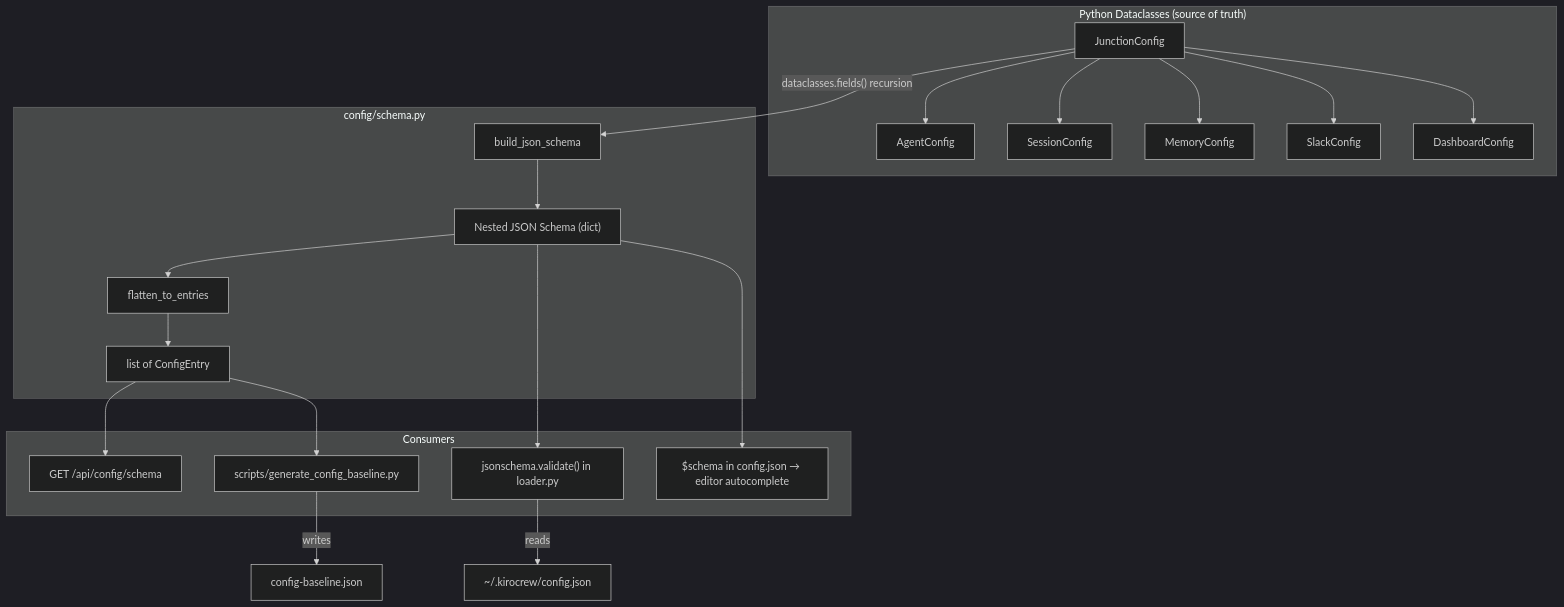
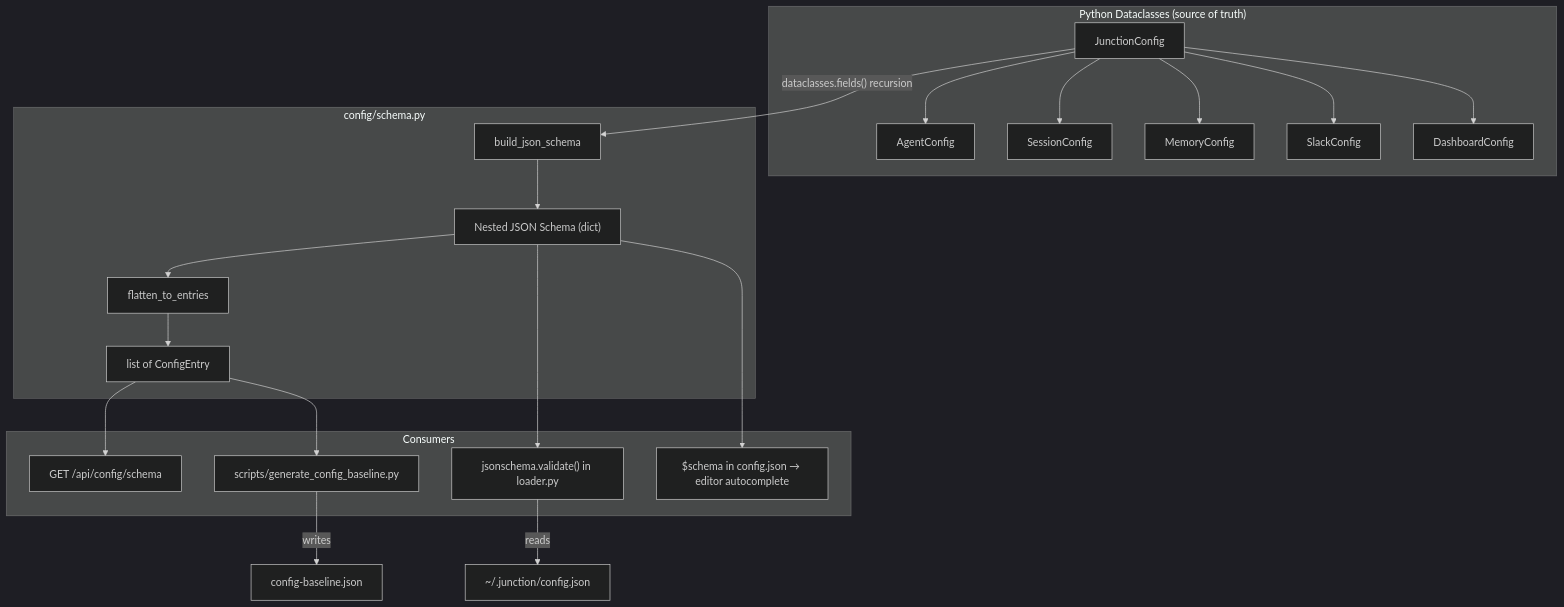
Before and after one commit to laqaer/acpcrew: the diagram in .kiro/specs/config-schema/design.md, drawn with Mermaid (dark theme). The commit also changed other lines of this file and 4327 other files, not shown here.

````diff
--- a/.kiro/specs/config-schema/design.md
+++ b/.kiro/specs/config-schema/design.md
@@ -30,44 +30,44 @@
 ```mermaid
 graph TD
     subgraph "Python Dataclasses (source of truth)"
         MC[JunctionConfig]
         AC[AgentConfig]
         SC[SessionConfig]
         MemC[MemoryConfig]
         SlC[SlackConfig]
         DC[DashboardConfig]
     end
 
     MC --> AC
     MC --> SC
     MC --> MemC
     MC --> SlC
     MC --> DC
 
     subgraph "config/schema.py"
         JS[build_json_schema]
         JSD["Nested JSON Schema (dict)"]
         FL[flatten_to_entries]
         CE[list of ConfigEntry]
     end
 
     MC -->|"dataclasses.fields() recursion"| JS
     JS --> JSD
     JSD --> FL
     FL --> CE
 
     subgraph "Consumers"
         API["GET /api/config/schema"]
         BG["scripts/generate_config_baseline.py"]
         VAL["jsonschema.validate() in loader.py"]
         ED["$schema in config.json → editor autocomplete"]
     end
 
     CE --> API
     CE --> BG
     JSD --> VAL
     JSD --> ED
 
     BG -->|writes| BL["config-baseline.json"]
-    VAL -->|reads| CFG["~/.kirocrew/config.json"]
+    VAL -->|reads| CFG["~/.junction/config.json"]
 ```
````
